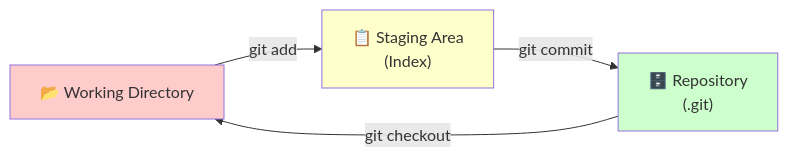
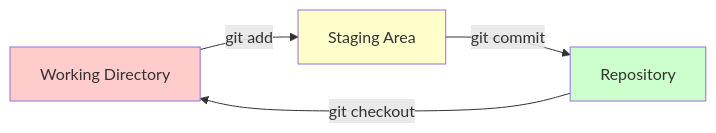
Before and after one commit to 0xkirxn/dev-notes: the first of 5 diagrams in git/Git.md, drawn with Mermaid. The commit also changed other lines of this file and 1 other file, not shown here.

Commit message:
docs: add Git and GitHub cheat sheet notes

````diff
--- a/git/Git.md
+++ b/git/Git.md
@@ -89,10 +33,10 @@
 ```mermaid
 graph LR
-    WD["📂 Working Directory"] -->|git add| SA["📋 Staging Area<br/>(Index)"]
-    SA -->|git commit| Repo["🗄️ Repository<br/>(.git)"]
+    WD["Working Directory"] -->|git add| SA["Staging Area"]
+    SA -->|git commit| Repo["Repository"]
     Repo -->|git checkout| WD
     
     style WD fill:#ffcccc
     style SA fill:#ffffcc
     style Repo fill:#ccffcc
 ```
````
